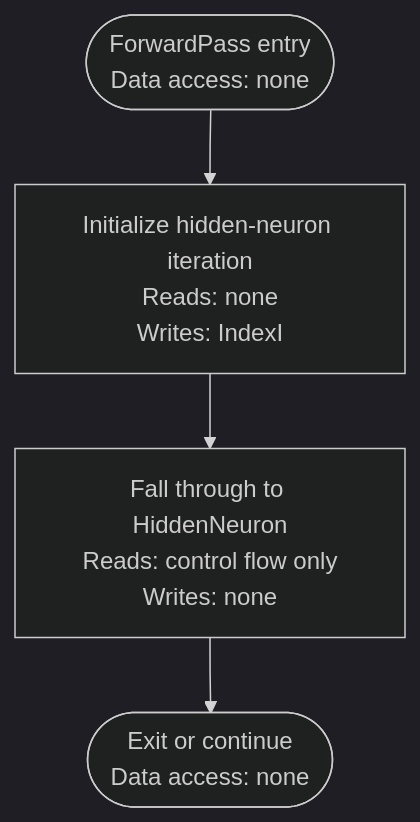
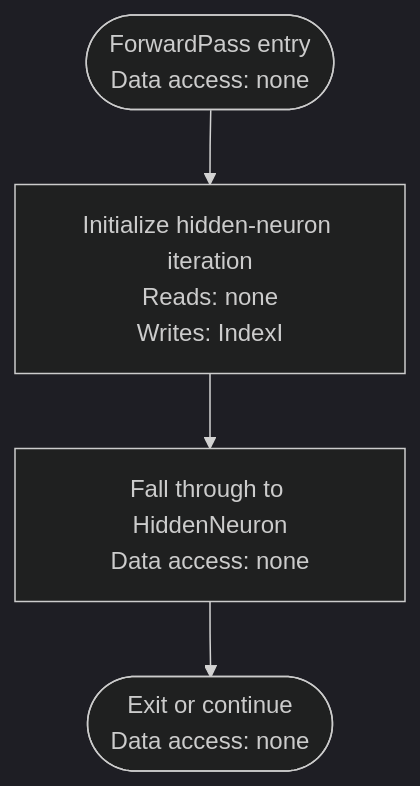
Diagram 21 of 51 in docs/Diagrams/BP-ML-Activity-Diagrams.md (sharpninja/NeuralNetworks), drawn with Mermaid (dark theme) before and after one commit. The commit also changed other lines of this file and 10 other files, not shown here.

````diff
--- a/docs/Diagrams/BP-ML-Activity-Diagrams.md
+++ b/docs/Diagrams/BP-ML-Activity-Diagrams.md
@@ -512,6 +553,6 @@
 ```mermaid
 flowchart TD
     A(["ForwardPass entry<br/>Data access: none"]) --> B["Initialize hidden-neuron iteration<br/>Reads: none<br/>Writes: IndexI"]
-    B --> C["Fall through to HiddenNeuron<br/>Reads: control flow only<br/>Writes: none"]
+    B --> C["Fall through to HiddenNeuron<br/>Data access: none"]
     C --> Z(["Exit or continue<br/>Data access: none"])
 ```
````
